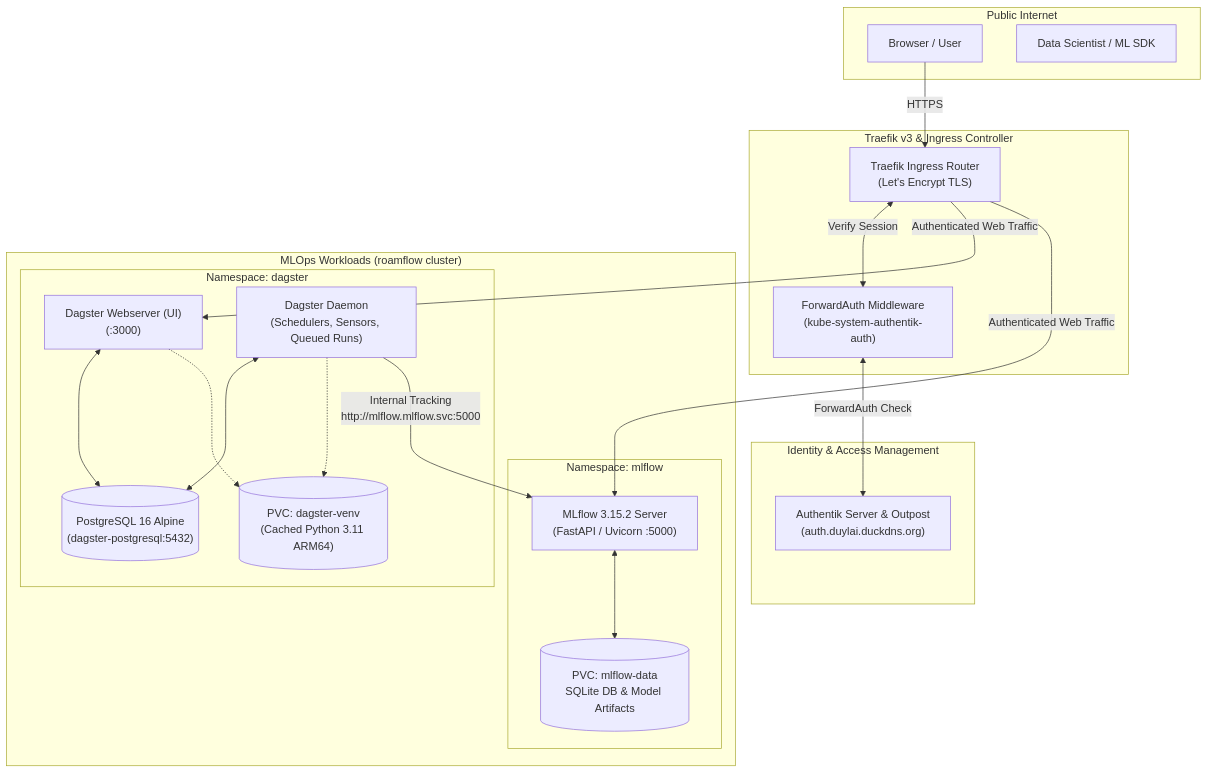
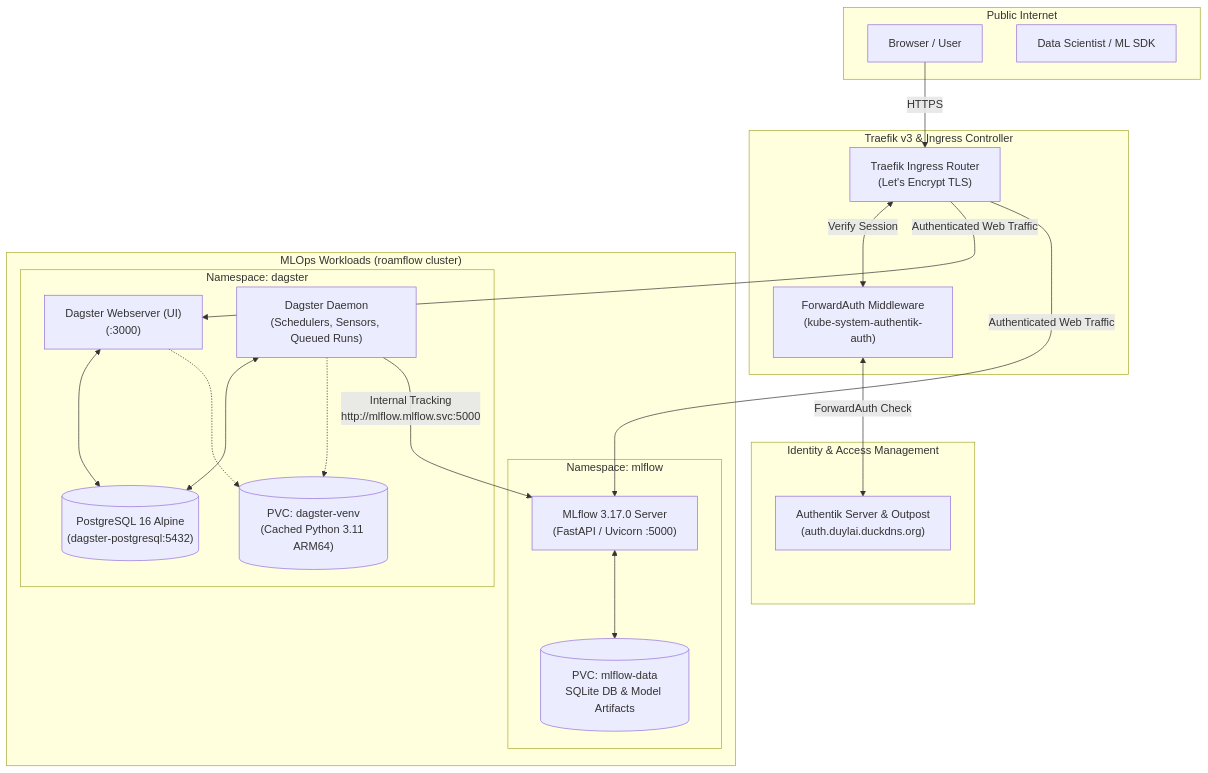
The diagram in README.md (roamflow/devops), drawn with Mermaid before and after one commit. The commit also changed other lines of this file and 1 other file, not shown here.

Commit message:
docs: bump MLflow version refs to 3.17.0 and add interview prep tracker

````diff
--- a/README.md
+++ b/README.md
@@ -15,45 +15,45 @@
 ```mermaid
 flowchart TD
     subgraph Internet["Public Internet"]
         User["Browser / User"]
         Dev["Data Scientist / ML SDK"]
     end
 
     subgraph Ingress["Traefik v3 & Ingress Controller"]
         Traefik["Traefik Ingress Router\n(Let's Encrypt TLS)"]
         FwdAuth["ForwardAuth Middleware\n(kube-system-authentik-auth)"]
     end
 
     subgraph Auth["Identity & Access Management"]
         Authentik["Authentik Server & Outpost\n(auth.duylai.duckdns.org)"]
     end
 
     subgraph MLOps["MLOps Workloads (roamflow cluster)"]
         subgraph DagsterNS["Namespace: dagster"]
             DagsterWeb["Dagster Webserver (UI)\n(:3000)"]
             DagsterDaemon["Dagster Daemon\n(Schedulers, Sensors, Queued Runs)"]
             DagsterPG[("PostgreSQL 16 Alpine\n(dagster-postgresql:5432)")]
             DagsterVenv[("PVC: dagster-venv\n(Cached Python 3.11 ARM64)")]
         end
 
         subgraph MLflowNS["Namespace: mlflow"]
-            MLflow["MLflow 3.15.2 Server\n(FastAPI / Uvicorn :5000)"]
+            MLflow["MLflow 3.17.0 Server\n(FastAPI / Uvicorn :5000)"]
             MLflowStorage[("PVC: mlflow-data\nSQLite DB & Model Artifacts")]
         end
     end
 
     %% External Flow
     User -->|HTTPS| Traefik
     Traefik <-->|Verify Session| FwdAuth
     FwdAuth <-->|ForwardAuth Check| Authentik
     Traefik -->|Authenticated Web Traffic| DagsterWeb
     Traefik -->|Authenticated Web Traffic| MLflow
 
     %% Internal Data & Orchestration Flow
     DagsterWeb <--> DagsterPG
     DagsterDaemon <--> DagsterPG
     DagsterWeb -.-> DagsterVenv
     DagsterDaemon -.-> DagsterVenv
     DagsterDaemon -->|Internal Tracking\nhttp://mlflow.mlflow.svc:5000| MLflow
     MLflow <--> MLflowStorage
 ```
````
